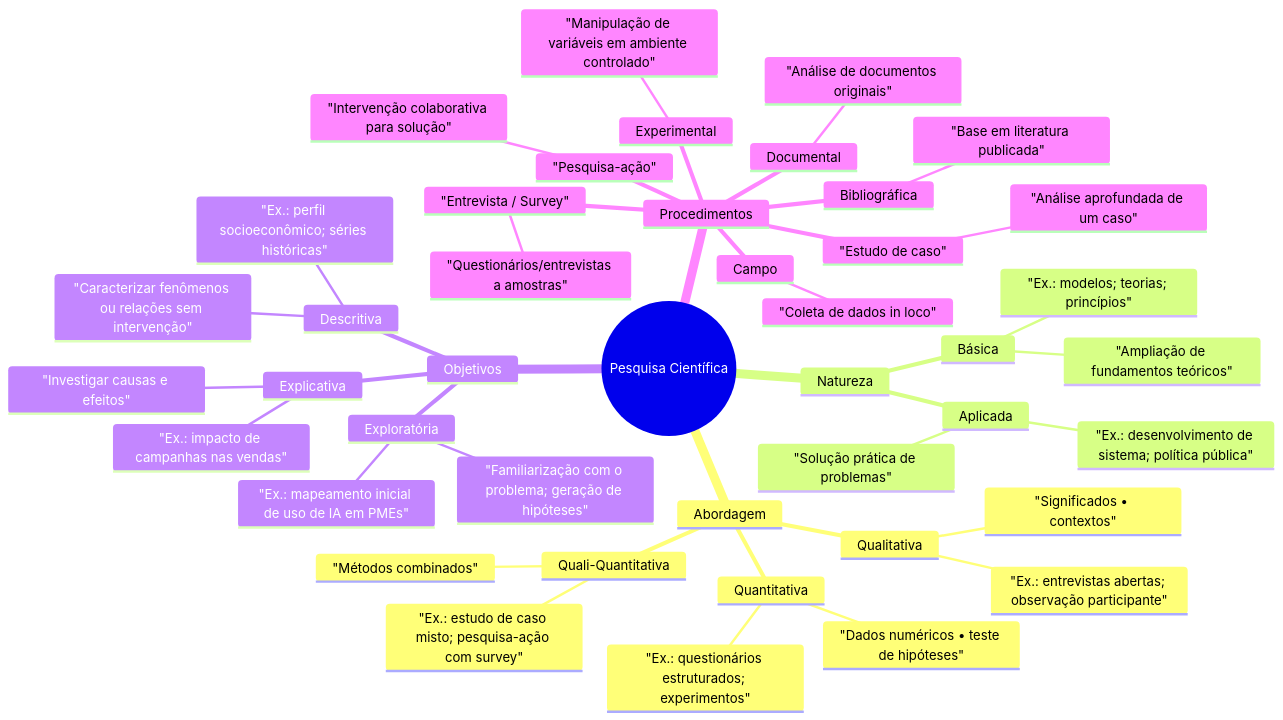
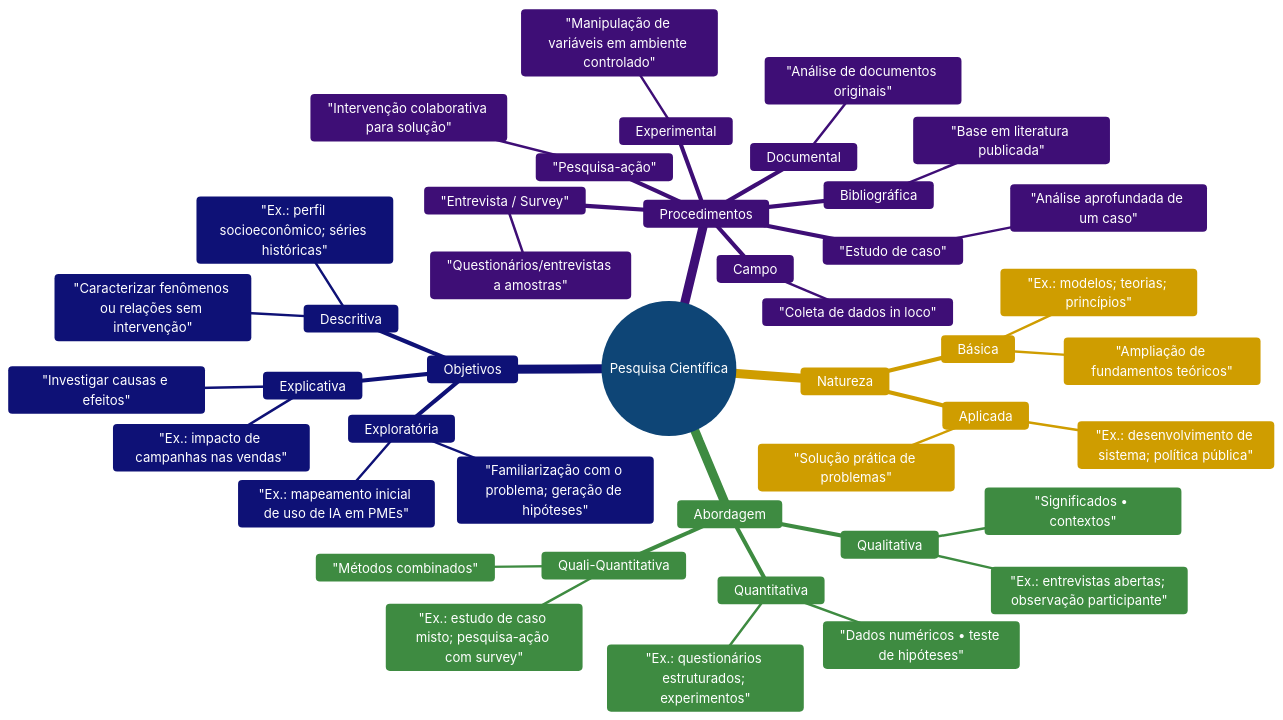
Before and after one commit to monteiro74/aulas_2025_2: the diagram in tcc1/plano_de_ensino.md, drawn with Mermaid. The commit also changed other lines of this file, not shown here.

````diff
--- a/tcc1/plano_de_ensino.md
+++ b/tcc1/plano_de_ensino.md
@@ -348,47 +351,72 @@
 ```mermaid
-
+%%{init: {
+  "theme": "base",
+  "themeVariables": {
+    "primaryColor": "#1E88E5",
+    "primaryTextColor": "#ffffff",
+    "primaryBorderColor": "#0D47A1",
+    
+    "secondaryColor": "#81C784",
+    "secondaryTextColor": "#000000",
+    "secondaryBorderColor": "#1B5E20",
+    
+    "tertiaryColor": "#FFD54F",
+    "tertiaryTextColor": "#000000",
+    "tertiaryBorderColor": "#E65100",
+    
+    "lineColor": "#546E7A",
+    "fontFamily": "Arial"
+  }
+}}%%
 mindmap
   root((Pesquisa Científica))
+
     Abordagem
       Quantitativa
         "Dados numéricos • teste de hipóteses"
         "Ex.: questionários estruturados; experimentos"
       Qualitativa
         "Significados • contextos"
         "Ex.: entrevistas abertas; observação participante"
       Quali-Quantitativa
         "Métodos combinados"
         "Ex.: estudo de caso misto; pesquisa-ação com survey"
+
     Natureza
       Aplicada
         "Solução prática de problemas"
         "Ex.: desenvolvimento de sistema; política pública"
       Básica
         "Ampliação de fundamentos teóricos"
         "Ex.: modelos; teorias; princípios"
+
     Objetivos
       Exploratória
         "Familiarização com o problema; geração de hipóteses"
         "Ex.: mapeamento inicial de uso de IA em PMEs"
       Descritiva
         "Caracterizar fenômenos ou relações sem intervenção"
         "Ex.: perfil socioeconômico; séries históricas"
       Explicativa
         "Investigar causas e efeitos"
         "Ex.: impacto de campanhas nas vendas"
+
     Procedimentos
       Experimental
         "Manipulação de variáveis em ambiente controlado"
       Bibliográfica
         "Base em literatura publicada"
       Documental
         "Análise de documentos originais"
       Campo
         "Coleta de dados in loco"
       "Pesquisa-ação"
         "Intervenção colaborativa para solução"
       "Estudo de caso"
         "Análise aprofundada de um caso"
       "Entrevista / Survey"
         "Questionários/entrevistas a amostras"
+
+
+
 ```
````
